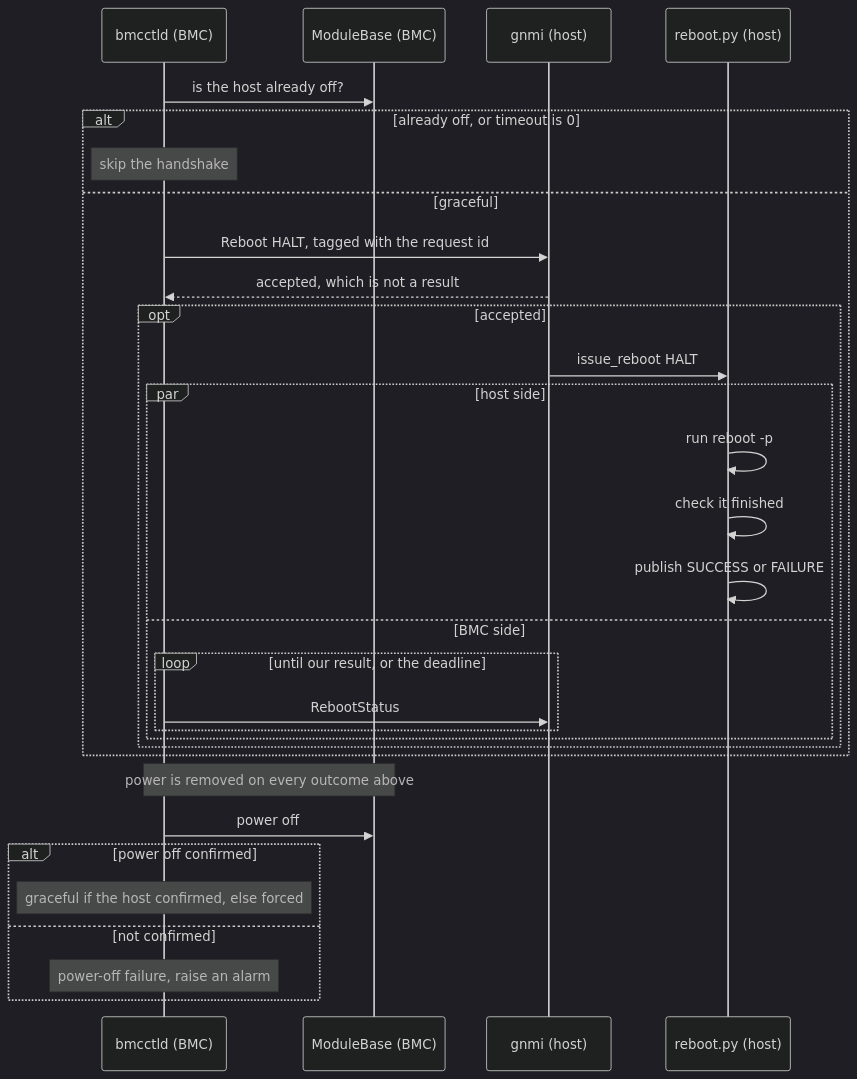
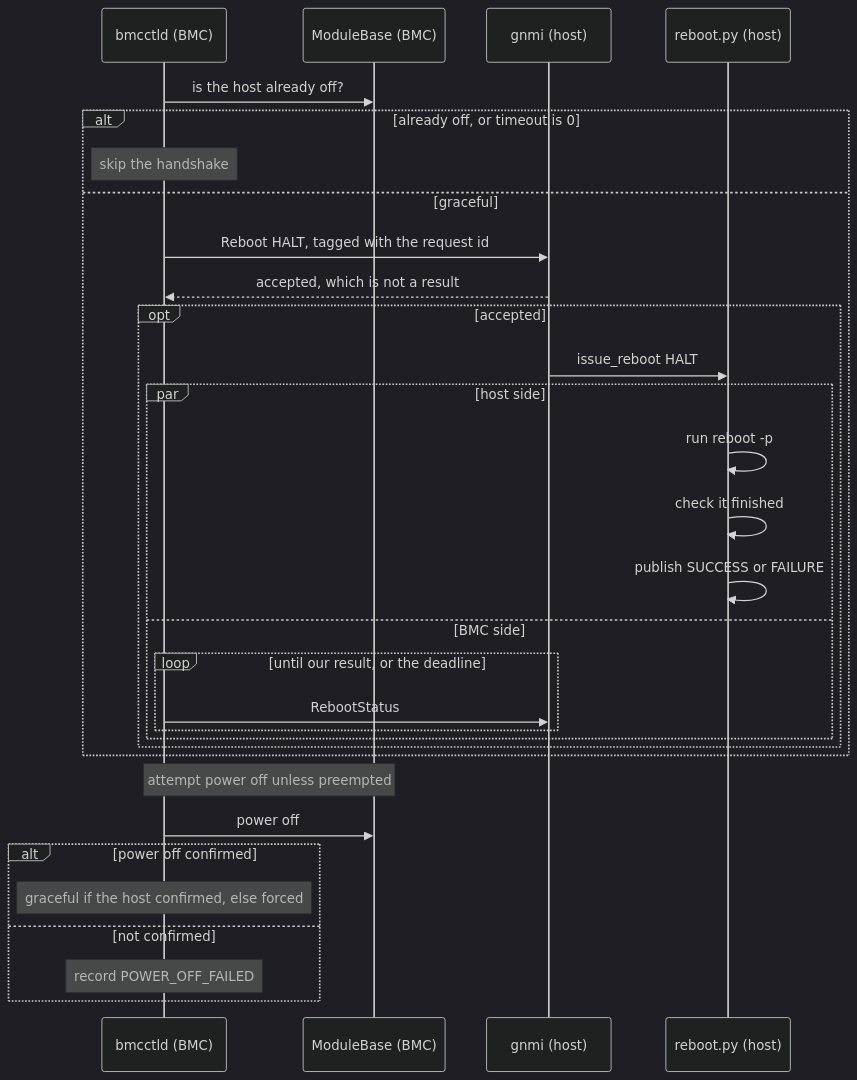
The second of 5 diagrams in doc/bmc/graceful-shutdown/switch-host-graceful-shutdown-hld.md (sonic-net/SONiC), drawn with Mermaid (dark theme) before and after one commit. The commit also changed other lines of this file, not shown here.

````diff
--- a/doc/bmc/graceful-shutdown/switch-host-graceful-shutdown-hld.md
+++ b/doc/bmc/graceful-shutdown/switch-host-graceful-shutdown-hld.md
@@ -178,33 +179,33 @@
 ```mermaid
 sequenceDiagram
     participant B as bmcctld (BMC)
     participant M as ModuleBase (BMC)
     participant G as gnmi (host)
     participant R as reboot.py (host)
     B->>M: is the host already off?
     alt already off, or timeout is 0
         Note over B: skip the handshake
     else graceful
         B->>G: Reboot HALT, tagged with the request id
         G-->>B: accepted, which is not a result
         opt accepted
             G->>R: issue_reboot HALT
             par host side
                 R->>R: run reboot -p
                 R->>R: check it finished
                 R->>R: publish SUCCESS or FAILURE
             and BMC side
                 loop until our result, or the deadline
                     B->>G: RebootStatus
                 end
             end
         end
     end
-    Note over B,M: power is removed on every outcome above
+    Note over B,M: attempt power off unless preempted
     B->>M: power off
     alt power off confirmed
         Note over B: graceful if the host confirmed, else forced
     else not confirmed
-        Note over B: power-off failure, raise an alarm
+        Note over B: record POWER_OFF_FAILED
     end
 ```
````
